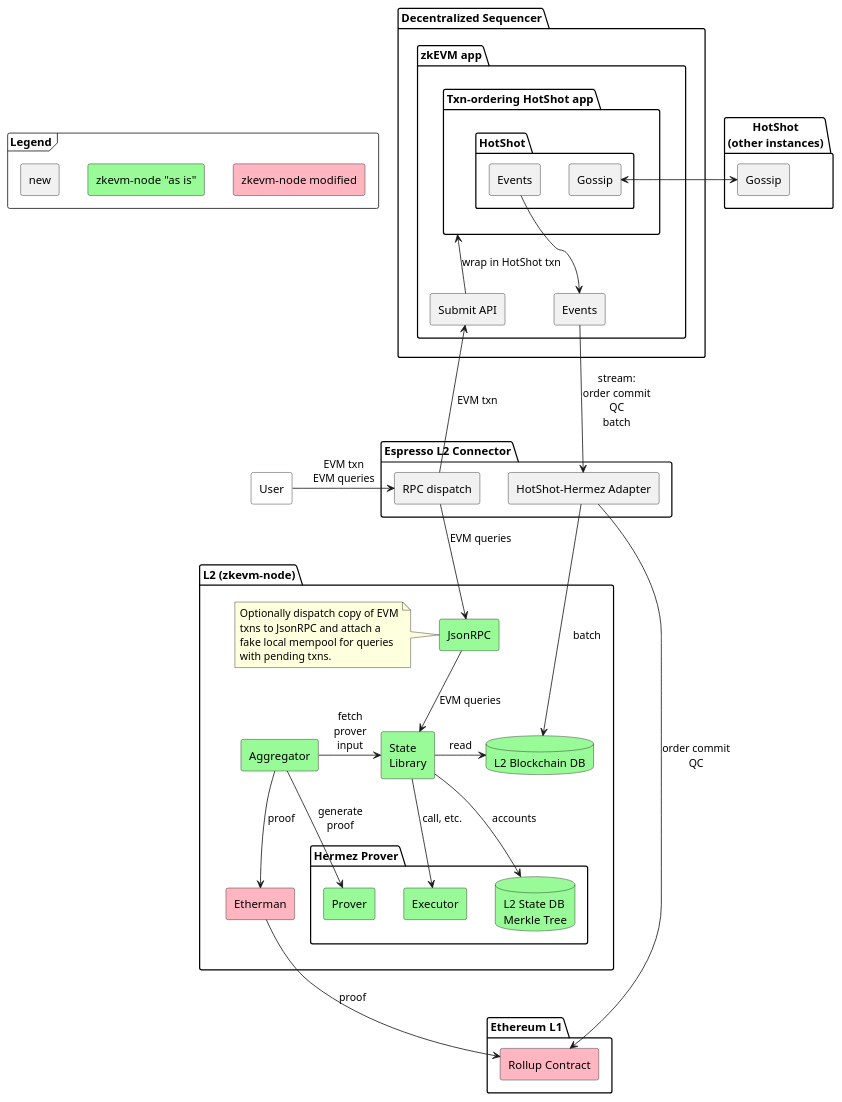
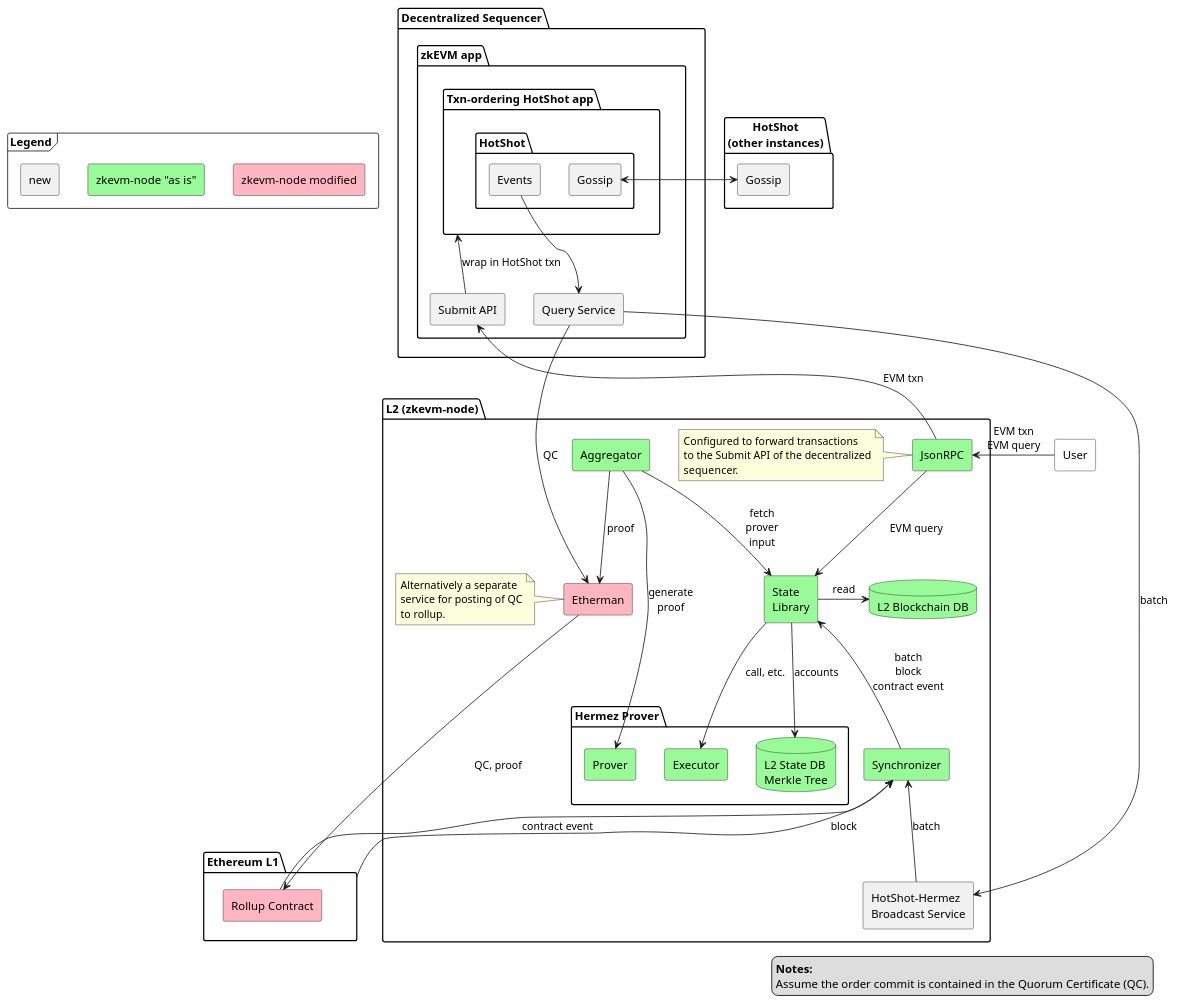
Before and after one commit to EspressoSystems/espresso-sequencer: the diagram in doc/architecture.puml, drawn with PlantUML. The commit also changed 1 other file, not shown here.

Commit message:
Use broadcast service to pull batches into node (#113)
* Use broadcast service to pull batches into node

- Add Broadcast Service implementation.
- Add "Query Service".
- Remove the HotShot-Hermez adapter.

* Remove leftover "Events" component

* Add back QC, remove "commit" to declutter

```diff
--- a/doc/architecture.puml
+++ b/doc/architecture.puml
@@ -1,98 +1,109 @@
 @startuml
 skinparam componentStyle rectangle
+
+legend right
+  <b>Notes:</b>
+  Assume the order commit is contained in the Quorum Certificate (QC).
+endlegend
 
 frame Legend {
   component "zkevm-node "as is"" as Original #PaleGreen
   component "zkevm-node modified" as Modified #LightPink
   component "new" as New
 }
 
 New -[hidden]r-> Original
 Original -[hidden]r-> Modified
 
 component User #White
 package "HotShot\n(other instances)" as HotShotExternal {
   component "Gossip" as GossipExternal
 }
 
 package "Decentralized Sequencer" {
   package "zkEVM app" as zkApp {
-    component Events
+    component "Query Service" as QueryService
     component "Submit API" as Submit
     package "Txn-ordering HotShot app" as App {
       package HotShot {
         component "Gossip" as GossipInternal
         component "Events" as HotShotEvents
       }
     }
   }
 }
 
 
-package "Espresso L2 Connector" as Connector {
-  component "HotShot-Hermez Adapter" as Adapter
-  component "RPC dispatch" as Dispatch
-}
-
 package "Ethereum L1" as L1 {
   component "Rollup Contract" as Rollup #LightPink
   ' component "Bridge L1" as BridgeL1 #PaleGreen
 }
 
 
 package "L2 (zkevm-node)" as L2 {
   component JsonRPC #PaleGreen
   note left of JsonRPC
-    Optionally dispatch copy of EVM
-    txns to JsonRPC and attach a
-    fake local mempool for queries
-    with pending txns.
+    Configured to forward transactions
+    to the Submit API of the decentralized
+    sequencer.
   end note
   database L2DB #PaleGreen [
     L2 Blockchain DB
   ]
   package "Hermez Prover" as HermezProver {
     component Prover #PaleGreen
     component Executor #PaleGreen
     database Tree #PaleGreen [
       L2 State DB
       Merkle Tree
     ]
   }
   'component "Bridge L2" as BridgeL2 #PaleGreen
   component Etherman #LightPink
+  note left of Etherman
+    Alternatively a separate
+    service for posting of QC
+    to rollup.
+  end note
   component Aggregator #PaleGreen
   component "State\nLibrary" as State #PaleGreen
+  component "HotShot-Hermez\nBroadcast Service" as Broadcast
+  component Synchronizer #PaleGreen
 }
 
-User -> Dispatch: EVM txn\nEVM queries
+User -> JsonRPC: EVM txn\nEVM query
+'User -[hidden]> Submit
 'positions the User box in a better place
-User -[hidden]> L2
+'User -[hidden]> L2
 
-Dispatch --> JsonRPC: EVM queries
-Dispatch -up-> Submit: EVM txn
+JsonRPC -up-> Submit: EVM txn
 
 GossipInternal <-> GossipExternal
 
-Events --> Adapter: stream:\norder commit\nQC\nbatch
+QueryService --> Broadcast: batch
+QueryService -> Etherman: QC
 
-Adapter -> L2DB: batch
-Adapter -> Rollup: order commit\nQC
+'Adapter -> Rollup: order commit\nQC
 
-JsonRPC --> State: EVM queries
+JsonRPC --> State: EVM query
 
 State -> L2DB: read
 State --> Tree: accounts
 State --> Executor: call, etc.
 
-Aggregator -> State: fetch\nprover\ninput
+Aggregator --> State: fetch\nprover\ninput
 Aggregator --> Etherman: proof
-Aggregator -> Prover: generate\nproof
-Etherman --> Rollup: proof
+Aggregator --> Prover: generate\nproof
+Etherman --> Rollup: QC, proof
+'Synchronizer <-- Rollup: contract events
+Synchronizer <-- Rollup: contract event
+Synchronizer <-- L1: block
+Synchronizer <-- Broadcast: batch
+State <-- Synchronizer: batch\nblock\ncontract event
 
 ' Prover ..> BridgeL2
 ' User --> BridgeL1
 Submit -up-> App: wrap in HotShot txn
-HotShotEvents -down-> Events
+HotShotEvents -down-> QueryService
 
 @enduml
```
